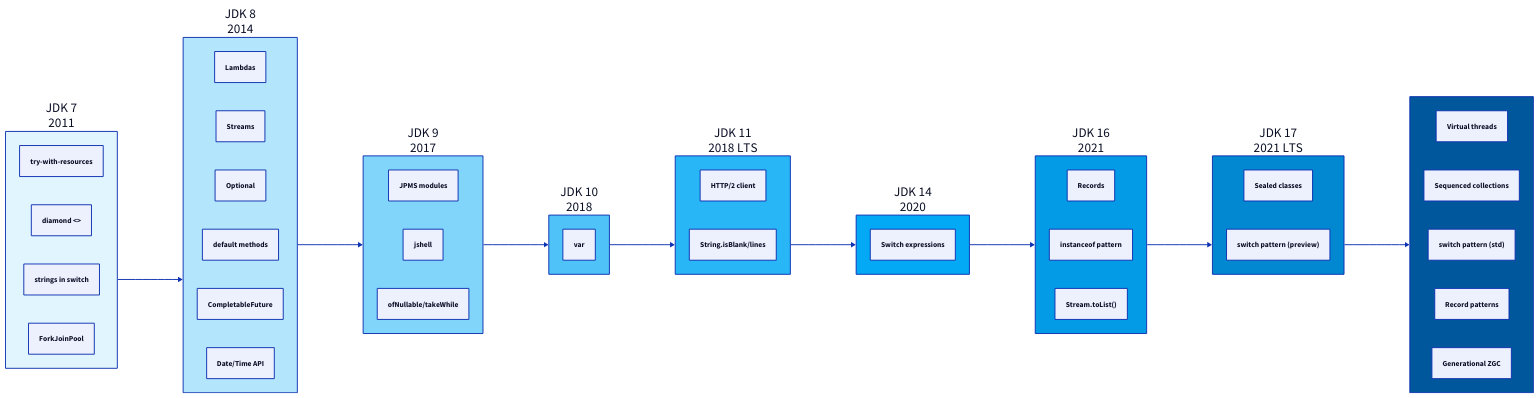
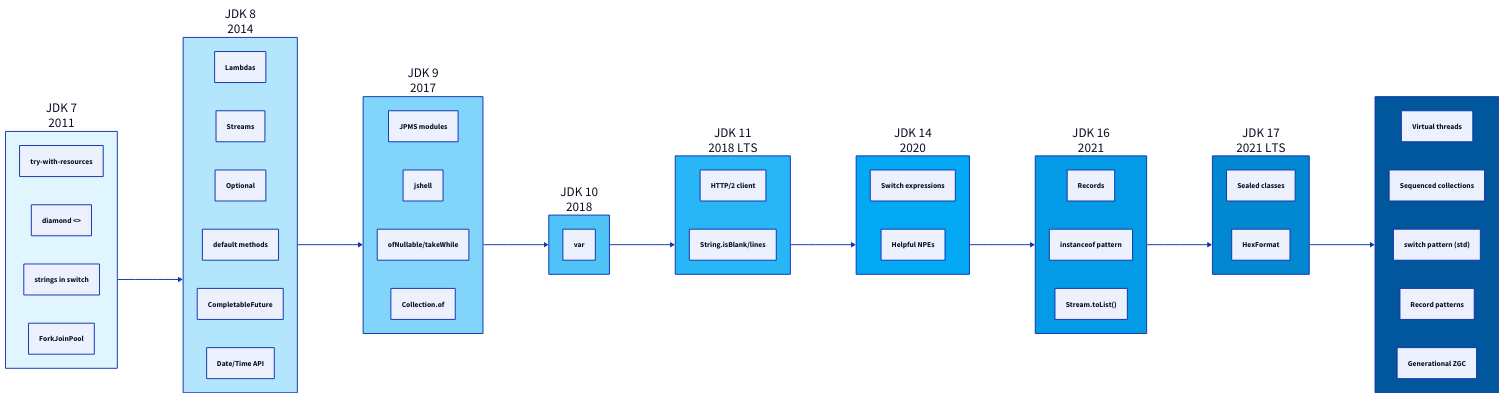
One commit to cyberstoneac/dsa_docs changed the third of 3 diagrams in docs/java/index.md. Above: the diagram before and after it, drawn with D2. The commit also changed other lines of this file and 30 other files, not shown here.

````diff
--- a/docs/java/index.md
+++ b/docs/java/index.md
@@ -190,61 +200,63 @@
 ```d2
 direction: right
 
 jdk7: "JDK 7\n2011" {
   style.fill: "#e1f5fe"
   f1: "try-with-resources"
   f2: "diamond <>"
   f3: "strings in switch"
   f4: "ForkJoinPool"
 }
 jdk8: "JDK 8\n2014" {
   style.fill: "#b3e5fc"
   f1: "Lambdas"
   f2: "Streams"
   f3: "Optional"
   f4: "default methods"
   f5: "CompletableFuture"
   f6: "Date/Time API"
 }
 jdk9: "JDK 9\n2017" {
   style.fill: "#81d4fa"
   f1: "JPMS modules"
   f2: "jshell"
   f3: "ofNullable/takeWhile"
+  f4: "Collection.of"
 }
 jdk10: "JDK 10\n2018" {
   style.fill: "#4fc3f7"
   f1: "var"
 }
 jdk11: "JDK 11\n2018 LTS" {
   style.fill: "#29b6f6"
   f1: "HTTP/2 client"
   f2: "String.isBlank/lines"
 }
 jdk14: "JDK 14\n2020" {
   style.fill: "#03a9f4"
   f1: "Switch expressions"
+  f2: "Helpful NPEs"
 }
 jdk16: "JDK 16\n2021" {
   style.fill: "#039be5"
   f1: "Records"
   f2: "instanceof pattern"
   f3: "Stream.toList()"
 }
 jdk17: "JDK 17\n2021 LTS" {
   style.fill: "#0288d1"
   f1: "Sealed classes"
-  f2: "switch pattern (preview)"
+  f2: "HexFormat"
 }
 jdk21: "JDK 21\n2023 LTS" {
   style.fill: "#01579b"
   style.font-color: white
   f1: "Virtual threads"
   f2: "Sequenced collections"
   f3: "switch pattern (std)"
   f4: "Record patterns"
   f5: "Generational ZGC"
 }
 
 jdk7 -> jdk8 -> jdk9 -> jdk10 -> jdk11 -> jdk14 -> jdk16 -> jdk17 -> jdk21
 ```
````
